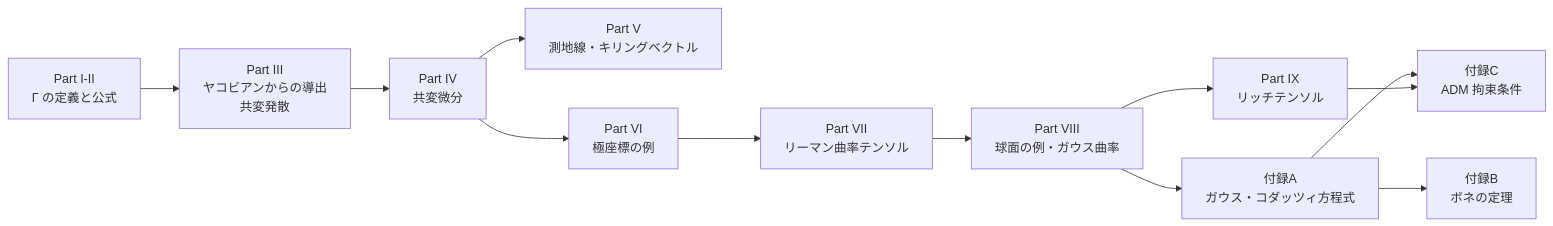
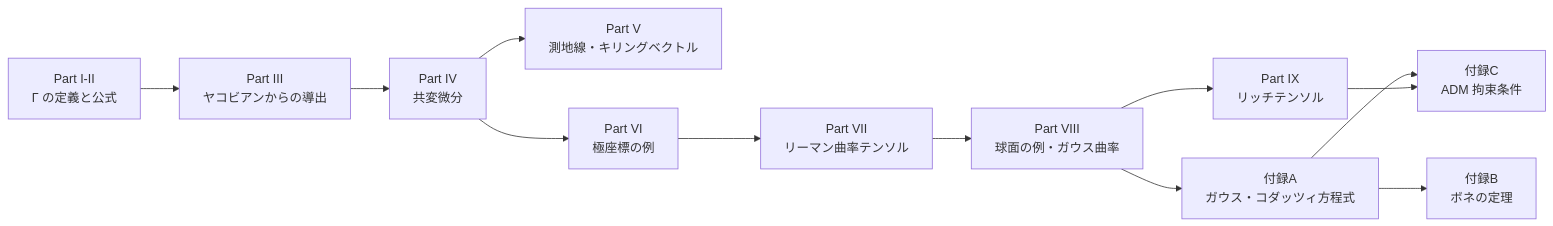
Before and after one commit to kazuma0606/quantum-study: the second of 4 diagrams in 研究ノート/02_微分幾何/figures/tables_and_diagrams.md, drawn with Mermaid. The commit also changed other lines of this file and 3 other files, not shown here.

First line of the commit message:
Move Part III sections 3 and 4 of the Christoffel/Riemann note to a supplement

````diff
--- a/研究ノート/02_微分幾何/figures/tables_and_diagrams.md
+++ b/研究ノート/02_微分幾何/figures/tables_and_diagrams.md
@@ -107,20 +107,20 @@
 ```mermaid
 flowchart LR
     P1["Part I-II<br/>Γ の定義と公式"]
-    P3["Part III<br/>ヤコビアンからの導出<br/>共変発散"]
+    P3["Part III<br/>ヤコビアンからの導出"]
     P4["Part IV<br/>共変微分"]
     P5["Part V<br/>測地線・キリングベクトル"]
     P6["Part VI<br/>極座標の例"]
     P7["Part VII<br/>リーマン曲率テンソル"]
     P8["Part VIII<br/>球面の例・ガウス曲率"]
     P9["Part IX<br/>リッチテンソル"]
     A["付録A<br/>ガウス・コダッツィ方程式"]
     B["付録B<br/>ボネの定理"]
     C["付録C<br/>ADM 拘束条件"]
 
     P1 --> P3 --> P4 --> P5
     P4 --> P6 --> P7 --> P8 --> P9
     P8 --> A --> B
     A --> C
     P9 --> C
 ```
````
